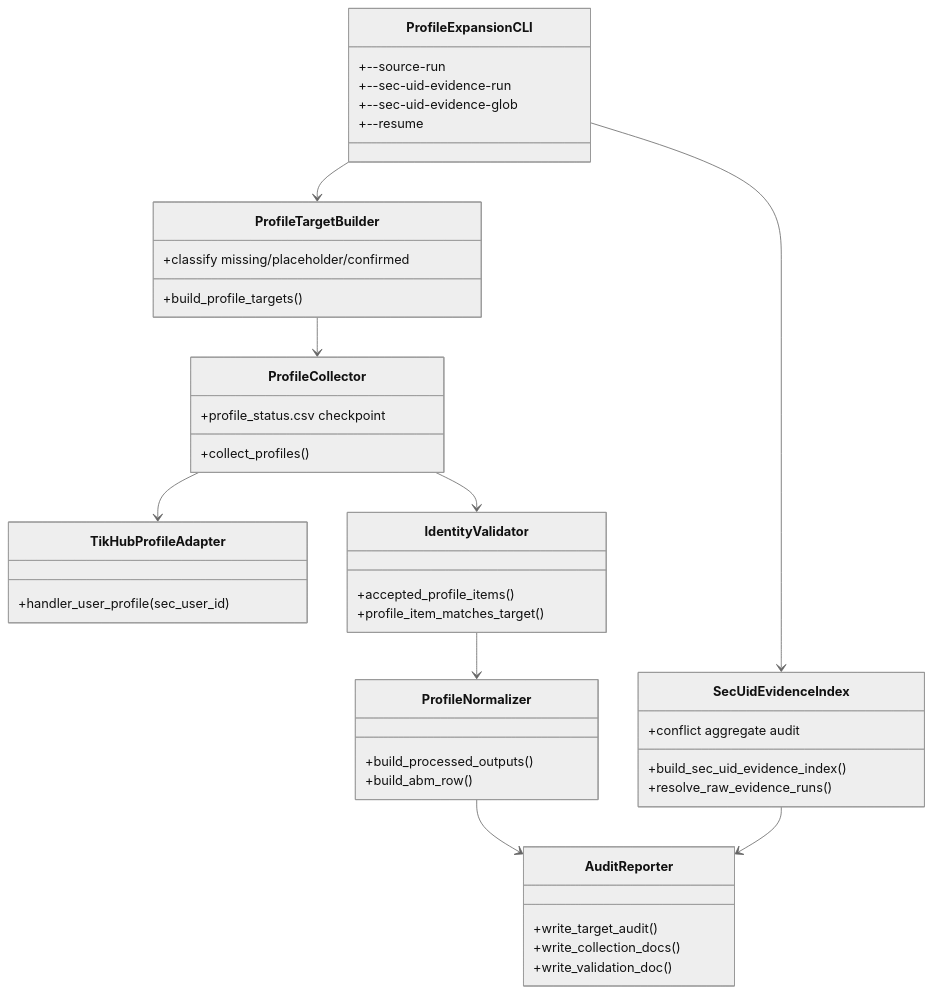
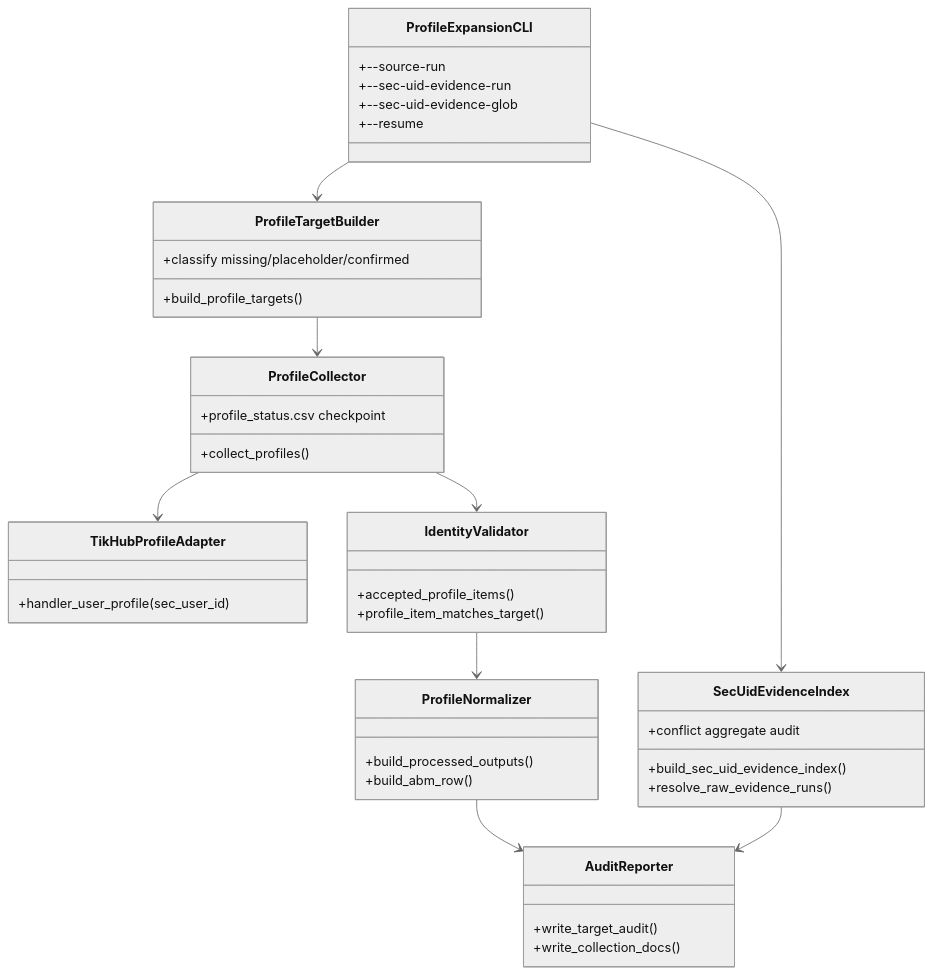
The fifth of 6 diagrams in docs/02-架构设计/douyin-data-collection-architecture.md (liu-qingyuan/llm-abm-marketing-sim), drawn with Mermaid (neutral theme) before and after one commit. The commit also changed 1 other file, not shown here.

Commit message:
chore: remove dead profile validation writer (#139)

````diff
--- a/docs/02-架构设计/douyin-data-collection-architecture.md
+++ b/docs/02-架构设计/douyin-data-collection-architecture.md
@@ -177,46 +177,45 @@
 ```mermaid
 classDiagram
     class ProfileExpansionCLI {
       +--source-run
       +--sec-uid-evidence-run
       +--sec-uid-evidence-glob
       +--resume
     }
     class SecUidEvidenceIndex {
       +build_sec_uid_evidence_index()
       +resolve_raw_evidence_runs()
       +conflict aggregate audit
     }
     class ProfileTargetBuilder {
       +build_profile_targets()
       +classify missing/placeholder/confirmed
     }
     class TikHubProfileAdapter {
       +handler_user_profile(sec_user_id)
     }
     class ProfileCollector {
       +collect_profiles()
       +profile_status.csv checkpoint
     }
     class IdentityValidator {
       +accepted_profile_items()
       +profile_item_matches_target()
     }
     class ProfileNormalizer {
       +build_processed_outputs()
       +build_abm_row()
     }
     class AuditReporter {
       +write_target_audit()
       +write_collection_docs()
-      +write_validation_doc()
     }
     ProfileExpansionCLI --> SecUidEvidenceIndex
     ProfileExpansionCLI --> ProfileTargetBuilder
     ProfileTargetBuilder --> ProfileCollector
     ProfileCollector --> TikHubProfileAdapter
     ProfileCollector --> IdentityValidator
     IdentityValidator --> ProfileNormalizer
     ProfileNormalizer --> AuditReporter
     SecUidEvidenceIndex --> AuditReporter
 ```
````
